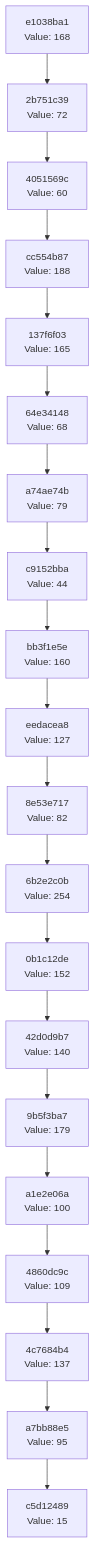
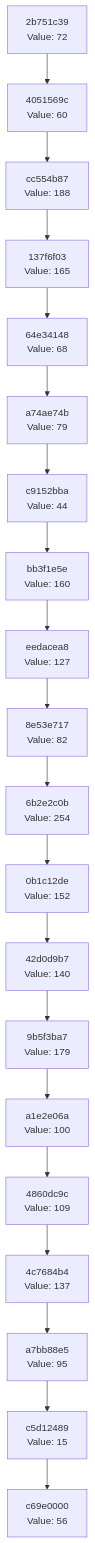
The diagram in docs/CHAIN_VISUALIZATION.md (Abhisheksinha1506/hash-chain-evolver), drawn with Mermaid before and after one commit. The commit also changed 3 other files, not shown here.

````diff
--- a/docs/CHAIN_VISUALIZATION.md
+++ b/docs/CHAIN_VISUALIZATION.md
@@ -3,42 +3,42 @@
 ```mermaid
 graph TD
-    C0["c5d12489<br/>Value: 15"]
-    C1["a7bb88e5<br/>Value: 95"]
+    C0["c69e0000<br/>Value: 56"]
+    C1["c5d12489<br/>Value: 15"]
     C1 --> C0
-    C2["4c7684b4<br/>Value: 137"]
+    C2["a7bb88e5<br/>Value: 95"]
     C2 --> C1
-    C3["4860dc9c<br/>Value: 109"]
+    C3["4c7684b4<br/>Value: 137"]
     C3 --> C2
-    C4["a1e2e06a<br/>Value: 100"]
+    C4["4860dc9c<br/>Value: 109"]
     C4 --> C3
-    C5["9b5f3ba7<br/>Value: 179"]
+    C5["a1e2e06a<br/>Value: 100"]
     C5 --> C4
-    C6["42d0d9b7<br/>Value: 140"]
+    C6["9b5f3ba7<br/>Value: 179"]
     C6 --> C5
-    C7["0b1c12de<br/>Value: 152"]
+    C7["42d0d9b7<br/>Value: 140"]
     C7 --> C6
-    C8["6b2e2c0b<br/>Value: 254"]
+    C8["0b1c12de<br/>Value: 152"]
     C8 --> C7
-    C9["8e53e717<br/>Value: 82"]
+    C9["6b2e2c0b<br/>Value: 254"]
     C9 --> C8
-    C10["eedacea8<br/>Value: 127"]
+    C10["8e53e717<br/>Value: 82"]
     C10 --> C9
-    C11["bb3f1e5e<br/>Value: 160"]
+    C11["eedacea8<br/>Value: 127"]
     C11 --> C10
-    C12["c9152bba<br/>Value: 44"]
+    C12["bb3f1e5e<br/>Value: 160"]
     C12 --> C11
-    C13["a74ae74b<br/>Value: 79"]
+    C13["c9152bba<br/>Value: 44"]
     C13 --> C12
-    C14["64e34148<br/>Value: 68"]
+    C14["a74ae74b<br/>Value: 79"]
     C14 --> C13
-    C15["137f6f03<br/>Value: 165"]
+    C15["64e34148<br/>Value: 68"]
     C15 --> C14
-    C16["cc554b87<br/>Value: 188"]
+    C16["137f6f03<br/>Value: 165"]
     C16 --> C15
-    C17["4051569c<br/>Value: 60"]
+    C17["cc554b87<br/>Value: 188"]
     C17 --> C16
-    C18["2b751c39<br/>Value: 72"]
+    C18["4051569c<br/>Value: 60"]
     C18 --> C17
-    C19["e1038ba1<br/>Value: 168"]
+    C19["2b751c39<br/>Value: 72"]
     C19 --> C18
 ```
````
